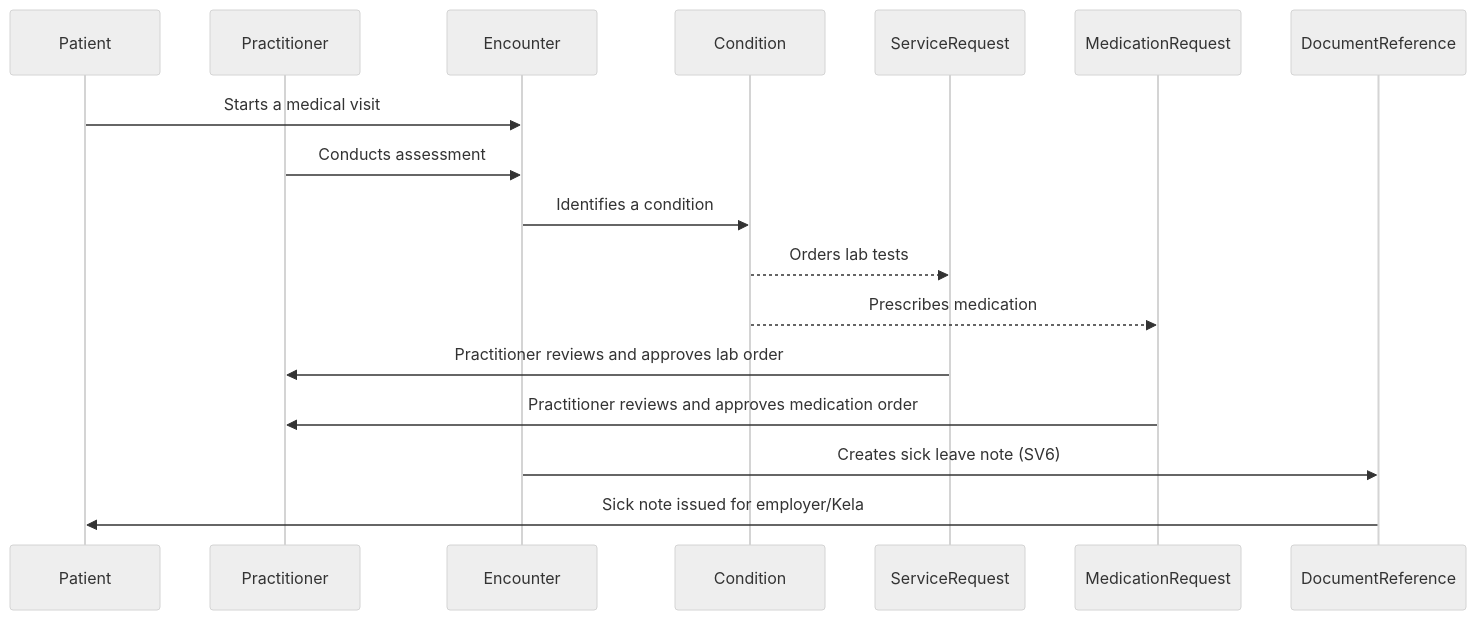
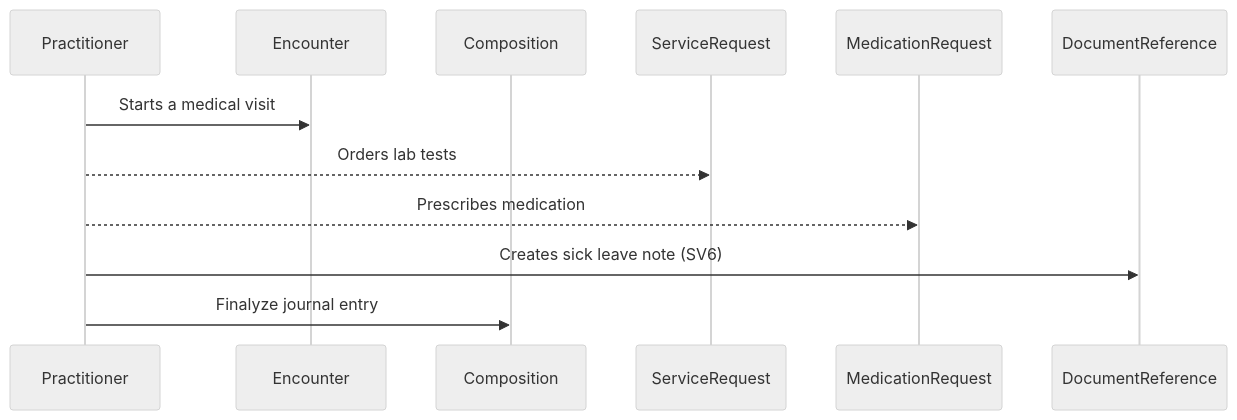
The diagram in README.md (Marssix/fhir-examples), drawn with Mermaid (neutral theme) before and after one commit. The commit also changed other lines of this file, not shown here.

````diff
--- a/README.md
+++ b/README.md
@@ -7,20 +7,15 @@
 ```mermaid
 sequenceDiagram
-    participant Patient
     participant Practitioner
     participant Encounter
-    participant Condition
+    participant Composition
     participant ServiceRequest
     participant MedicationRequest
     participant DocumentReference
 
-    Patient->>Encounter: Starts a medical visit
-    Practitioner->>Encounter: Conducts assessment
-    Encounter->>Condition: Identifies a condition
-    Condition-->>ServiceRequest: Orders lab tests
-    Condition-->>MedicationRequest: Prescribes medication
-    ServiceRequest->>Practitioner: Practitioner reviews and approves lab order
-    MedicationRequest->>Practitioner: Practitioner reviews and approves medication order
-    Encounter->>DocumentReference: Creates sick leave note (SV6)
-    DocumentReference->>Patient: Sick note issued for employer/Kela
+    Practitioner->>Encounter: Starts a medical visit
+    Practitioner-->>ServiceRequest: Orders lab tests
+    Practitioner-->>MedicationRequest: Prescribes medication
+    Practitioner->>DocumentReference: Creates sick leave note (SV6)
+    Practitioner->>Composition: Finalyze journal entry
 ```
````
